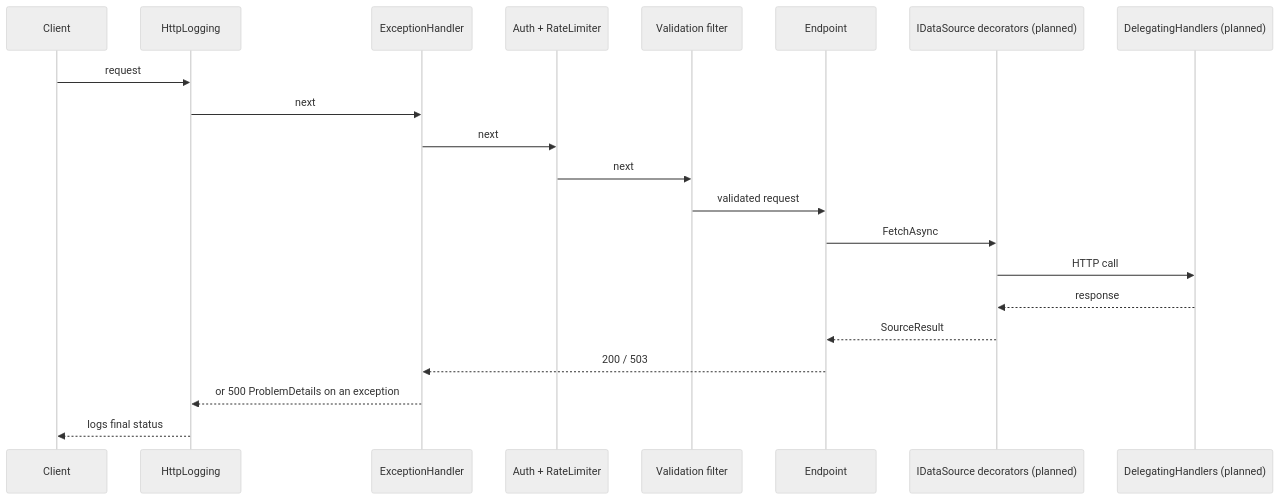
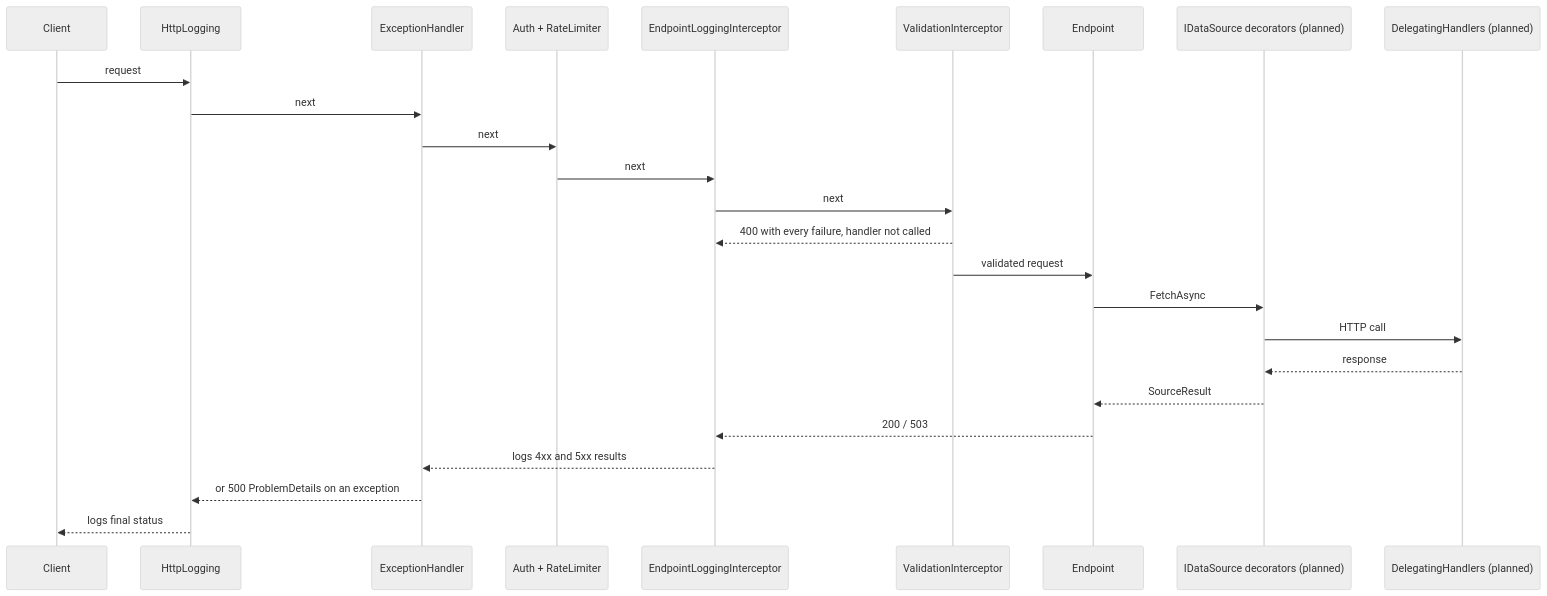
One commit to gokcekuvandik/api-aggregator changed the diagram in README.md. Above: the diagram before and after it, drawn with Mermaid (neutral theme). The commit also changed other lines of this file and 28 other files, not shown here.

First line of the commit message:
Feat/adr 0003a logging interceptor (#15)

````diff
--- a/README.md
+++ b/README.md
@@ -176,23 +177,27 @@
 ```mermaid
 sequenceDiagram
     participant C as Client
     participant L as HttpLogging
     participant E as ExceptionHandler
     participant A as Auth + RateLimiter
-    participant V as Validation filter
+    participant F as EndpointLoggingInterceptor
+    participant V as ValidationInterceptor
     participant H as Endpoint
     participant S as IDataSource decorators (planned)
     participant D as DelegatingHandlers (planned)
     C->>L: request
     L->>E: next
     E->>A: next
-    A->>V: next
+    A->>F: next
+    F->>V: next
+    V-->>F: 400 with every failure, handler not called
     V->>H: validated request
     H->>S: FetchAsync
     S->>D: HTTP call
     D-->>S: response
     S-->>H: SourceResult
-    H-->>E: 200 / 503
+    H-->>F: 200 / 503
+    F-->>E: logs 4xx and 5xx results
     E-->>L: or 500 ProblemDetails on an exception
     L-->>C: logs final status
 ```
````
